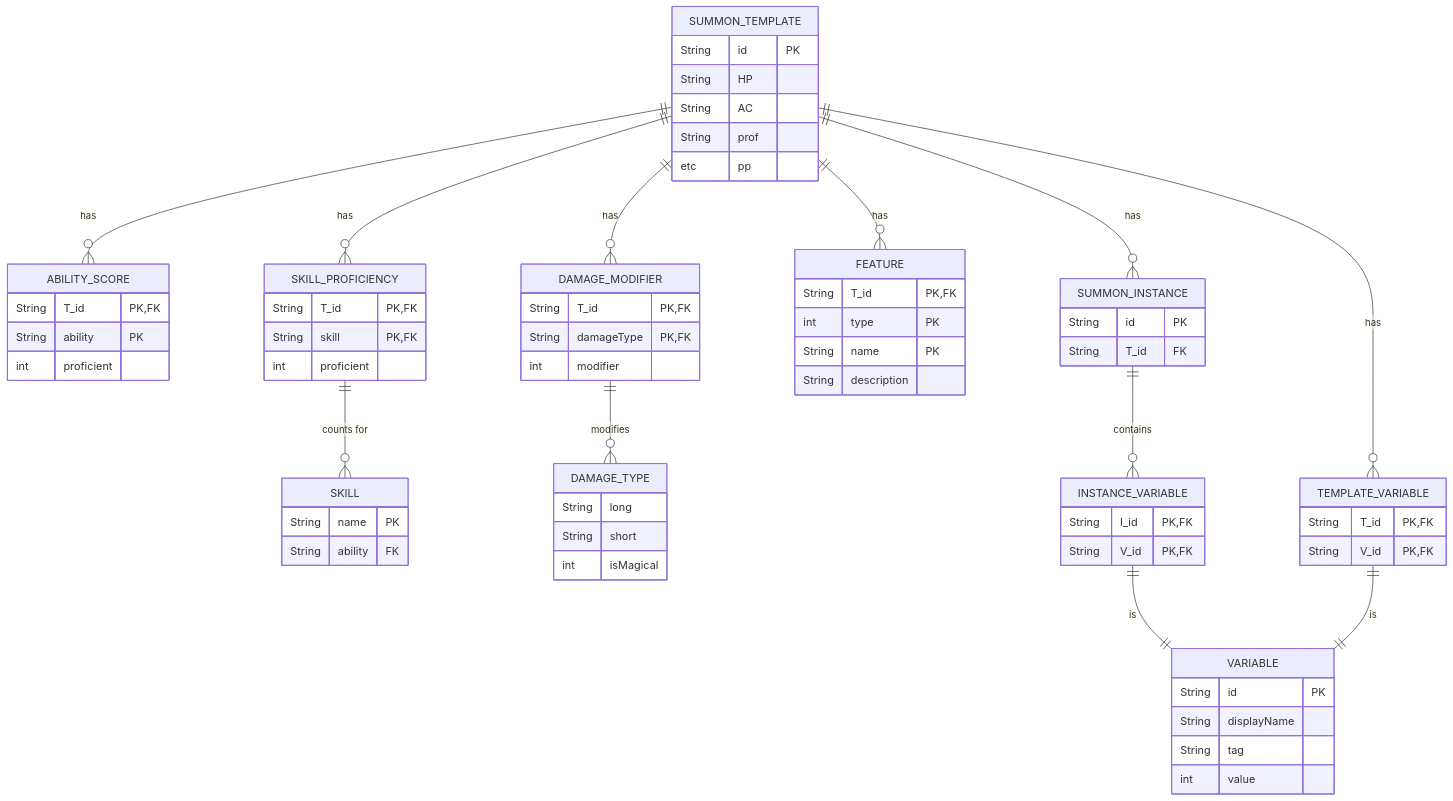
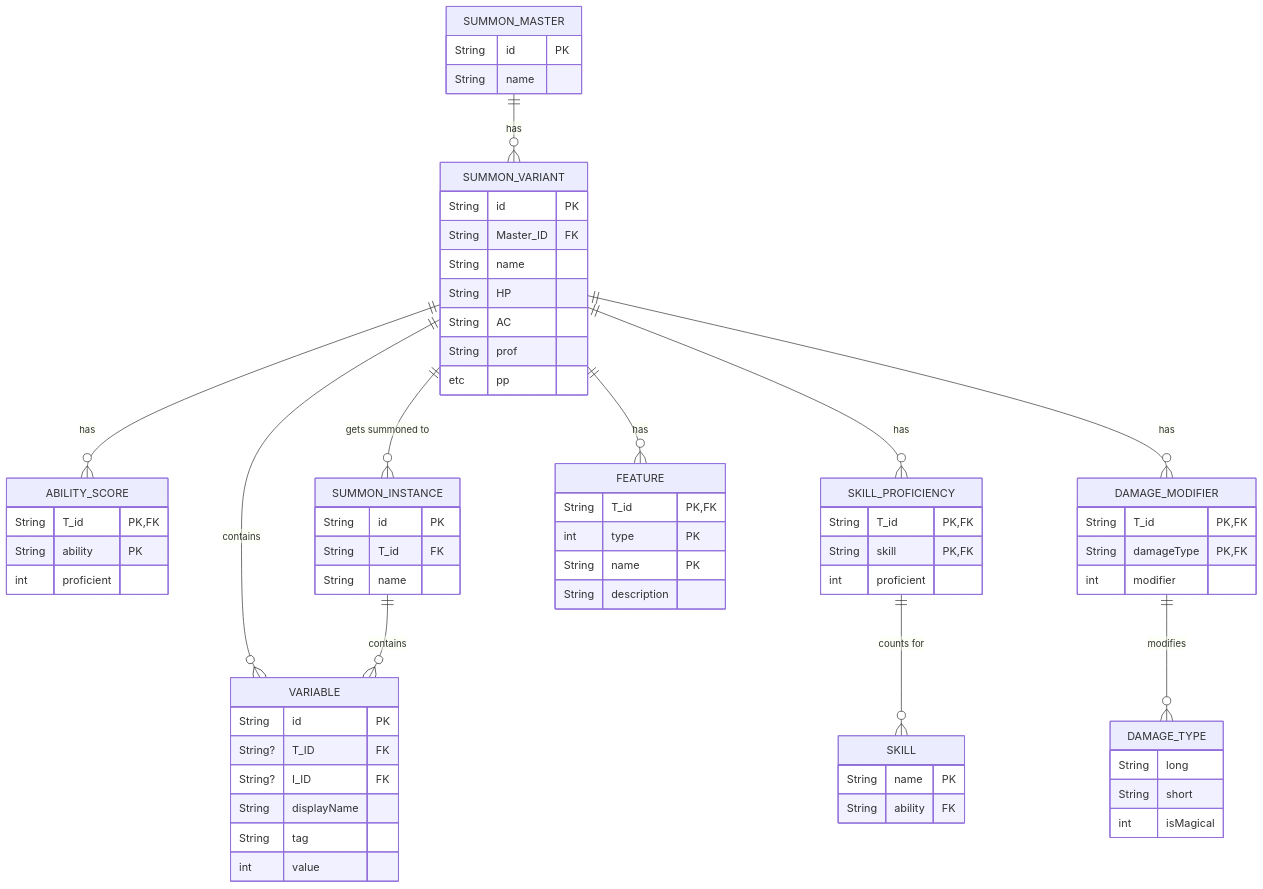
One commit to TheGreedyGoat/summon_tracker changed the diagram in docs/mermaid/er_diagram.mmd. Above: the diagram before and after it, drawn with Mermaid. The commit also changed other lines of this file and 76 other files, not shown here.

```diff
--- a/docs/mermaid/er_diagram.mmd
+++ b/docs/mermaid/er_diagram.mmd
@@ -1,87 +1,82 @@
 erDiagram
-
-    SUMMON_TEMPLATE{
+    SUMMON_MASTER{
         String id PK
+        String name
+    }
+    SUMMON_VARIANT{
+        String id PK
+        String Master_ID FK
+        String name
         String HP
         String AC
         String prof
         etc pp
     }
 
-    %% ABILITY{
-    %%     String long PK
-    %%     String short
-    %% }
     ABILITY_SCORE{
         String T_id PK, FK
         String ability PK
         int proficient
     }
 
     SKILL{
         String name PK
         String ability FK
     }
     
     SKILL_PROFICIENCY{
         String T_id PK, FK
         String skill PK, FK
         int proficient
     }
 
     DAMAGE_TYPE{
         String long
         String short
         int isMagical
     }
     DAMAGE_MODIFIER{
         String T_id PK, FK
         String damageType PK,FK
         int modifier
     }
 
 
     FEATURE{
         String T_id PK, FK
         int type PK
         String name PK
         String description
     }
 
     SUMMON_INSTANCE{
         String id PK
         String T_id FK
-    }
-
-    INSTANCE_VARIABLE{
-        String I_id PK,FK
-        String V_id PK, FK
+        String name
     }
 
 
     VARIABLE{
         String id PK
+        String? T_ID FK
+        String? I_ID FK
         String displayName
         String tag
         int value
     }
 
-    TEMPLATE_VARIABLE{
-        String T_id PK, FK
-        String V_id PK, FK
 
-    }
-    SUMMON_TEMPLATE ||--o{ SUMMON_INSTANCE: has
-    SUMMON_TEMPLATE ||--o{ TEMPLATE_VARIABLE: has
-    SUMMON_TEMPLATE ||--o{ SKILL_PROFICIENCY: has
-    SUMMON_TEMPLATE ||--o{ ABILITY_SCORE: has
-    SUMMON_TEMPLATE ||--o{ DAMAGE_MODIFIER: has
-    SUMMON_TEMPLATE ||--o{ FEATURE: has
-    %% ABILITY_SCORE ||--o{ ABILITY: "counts for"
+    SUMMON_MASTER ||--o{ SUMMON_VARIANT: has
+
+    SUMMON_VARIANT ||--o{ SUMMON_INSTANCE: "gets summoned to"
+    SUMMON_VARIANT ||--o{ VARIABLE: contains
+    SUMMON_VARIANT ||--o{ SKILL_PROFICIENCY: has
+    SUMMON_VARIANT ||--o{ ABILITY_SCORE: has
+    SUMMON_VARIANT ||--o{ DAMAGE_MODIFIER: has
+    SUMMON_VARIANT ||--o{ FEATURE: has
+
+    SUMMON_INSTANCE ||--o{ VARIABLE: contains
+
     SKILL_PROFICIENCY ||--o{ SKILL: "counts for"
-    %% ABILITY ||--o{ SKILL: "defines"
+
     DAMAGE_MODIFIER ||--o{ DAMAGE_TYPE: modifies
-
-    SUMMON_INSTANCE ||--o{ INSTANCE_VARIABLE: contains
-    INSTANCE_VARIABLE ||--|| VARIABLE : is
-    TEMPLATE_VARIABLE ||--|| VARIABLE : is
```
